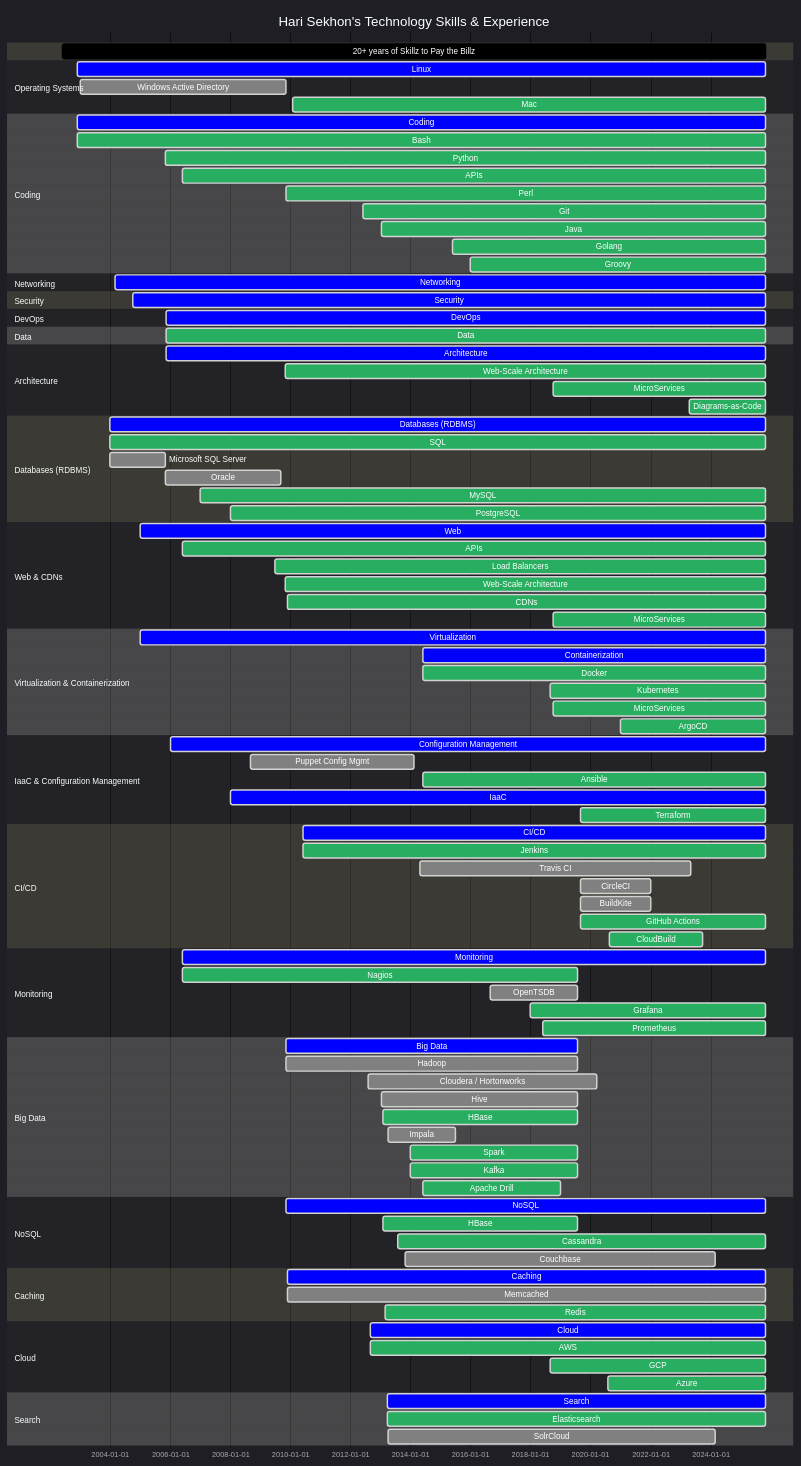
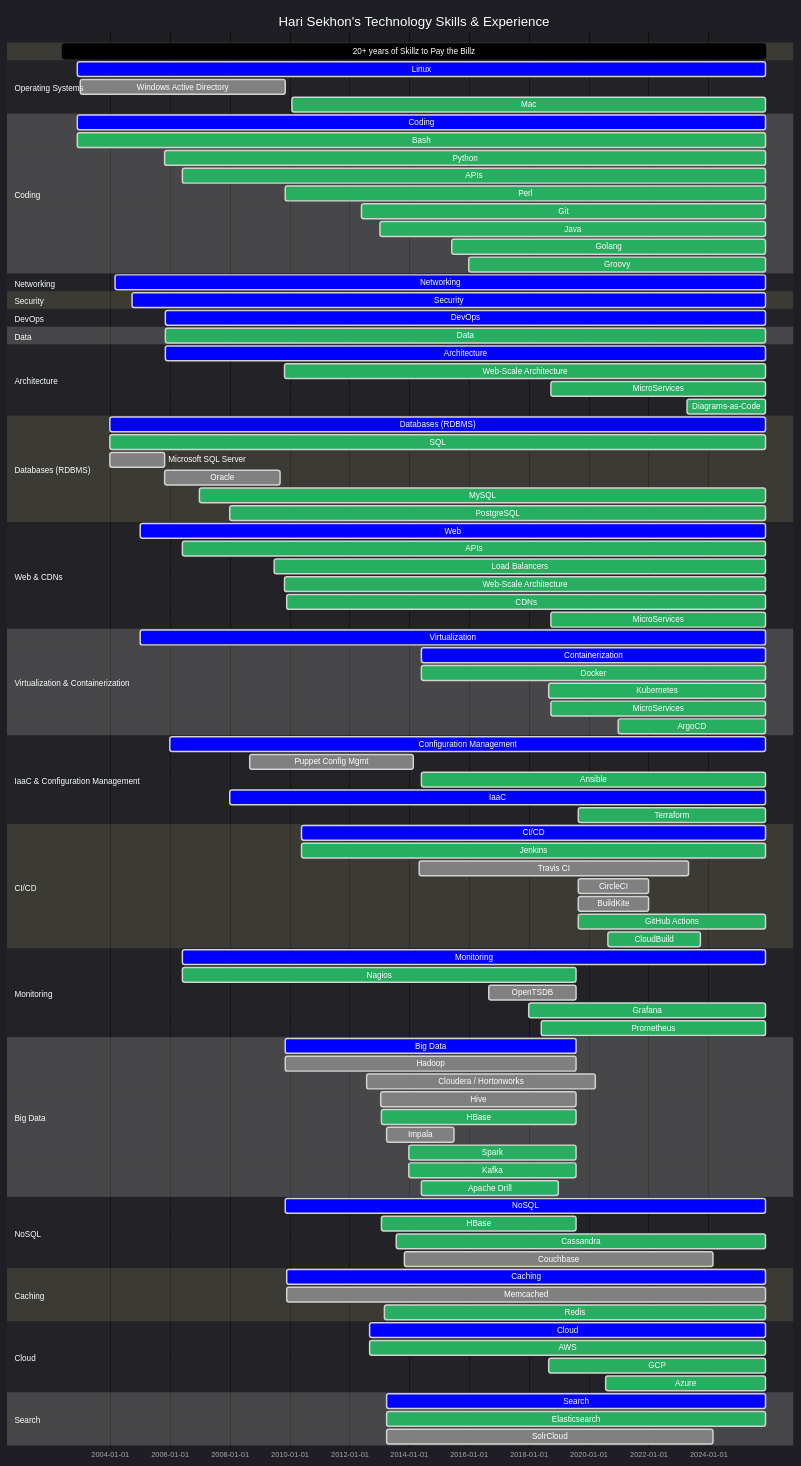
The second of 2 diagrams in README.md (HariSekhon/HariSekhon), drawn with Mermaid before and after one commit. The commit also changed other lines of this file, not shown here.

Commit message:
updated profile counters

````diff
--- a/README.md
+++ b/README.md
@@ -1368,129 +1368,129 @@
     title Hari Sekhon's Technology Skills & Experience
     dateFormat  YYYY-MM-DD
 
-    20+ years of Skillz to Pay the Billz : 2002-06-01, 2025-10-30
+    20+ years of Skillz to Pay the Billz : 2002-06-01, 2025-11-30
 
     section Operating Systems
-    Linux                    : crit, 2002-12-01, 2025-10-30
+    Linux                    : crit, 2002-12-01, 2025-11-30
     Windows Active Directory : done, 2003-01-01, 2009-11-10
-    %%Redhat Linux             : active, 2002-12-01, 2025-10-30
-    %%Debian Linux             : active, 2003-01-01, 2025-10-30
+    %%Redhat Linux             : active, 2002-12-01, 2025-11-30
+    %%Debian Linux             : active, 2003-01-01, 2025-11-30
     %%Gentoo Linux             : done, 2004-06-01, 2009-11-10
-    %%Ubuntu Linux             : active, 2006-06-01, 2025-10-30
-    %%Alpine Linux             : done, 2016-01-01, 2025-10-30
-    Mac                      : active, 2010-02-01, 2025-10-30
+    %%Ubuntu Linux             : active, 2006-06-01, 2025-11-30
+    %%Alpine Linux             : done, 2016-01-01, 2025-11-30
+    Mac                      : active, 2010-02-01, 2025-11-30
 
     section Coding
-    Coding                 : crit, 2002-12-01, 2025-10-30
-    Bash                   : active, 2002-12-01, 2025-10-30
-    Python                 : active, 2005-11-01, 2025-10-30
-    APIs                   : active, 2006-06-01, 2025-10-30
+    Coding                 : crit, 2002-12-01, 2025-11-30
+    Bash                   : active, 2002-12-01, 2025-11-30
+    Python                 : active, 2005-11-01, 2025-11-30
+    APIs                   : active, 2006-06-01, 2025-11-30
     %%VBScript               : done, 2005-05-01, 2009-11-01
-    Perl                   : active, 2009-11-13, 2025-10-30
-    Git                    : active, 2012-06-01, 2025-10-30
+    Perl                   : active, 2009-11-13, 2025-11-30
+    Git                    : active, 2012-06-01, 2025-11-30
     %%Ruby                   : done, 2009-11-13, 2013-01-31
-    Java                   : active, 2013-01-13, 2025-10-30
+    Java                   : active, 2013-01-13, 2025-11-30
     %%Jython                 : done, 2013-01-13, 2015-12-31
     %%JRuby                  : done, 2013-03-01, 2013-08-31
     %%Scala                  : done, 2014-01-01, 2015-12-31
-    Golang                 : active, 2015-06-01, 2025-10-30
-    Groovy                 : active, 2016-01-01, 2025-10-30
+    Golang                 : active, 2015-06-01, 2025-11-30
+    Groovy                 : active, 2016-01-01, 2025-11-30
 
     %%section Build Systems
-    %%Make                   : active, 2006-06-01, 2025-10-30
-    %%Maven                  : active, 2013-02-01, 2025-10-30
-    %%SBT                    : active, 2014-01-01, 2025-10-30
-    %%Gradle                 : active, 2014-06-01, 2025-10-30
+    %%Make                   : active, 2006-06-01, 2025-11-30
+    %%Maven                  : active, 2013-02-01, 2025-11-30
+    %%SBT                    : active, 2014-01-01, 2025-11-30
+    %%Gradle                 : active, 2014-06-01, 2025-11-30
 
     %%section Version Control Systems
     %%Subversion             : done, 2005-11-13, 2012-06-01
     %%Mercurial              : done, 2011-06-01, 2013-06-01
-    %%Git                    : active, 2012-06-01, 2025-10-30
-    %%GitHub                 : active, 2012-12-31, 2025-10-30
+    %%Git                    : active, 2012-06-01, 2025-11-30
+    %%GitHub                 : active, 2012-12-31, 2025-11-30
 
     section Networking
-    Networking             : crit, 2004-03-01, 2025-10-30
-    %%VPNs                   : active, 2006-06-01, 2025-10-30
-    %%Cisco - IOS / NX-OS    : done, 2004-03-01, 2025-10-30
+    Networking             : crit, 2004-03-01, 2025-11-30
+    %%VPNs                   : active, 2006-06-01, 2025-11-30
+    %%Cisco - IOS / NX-OS    : done, 2004-03-01, 2025-11-30
     %%Juniper - Netscreen / SSG / SRX / ScreenOS / JunOS : done, 2007-01-01, 2013-01-18
     %%Netgear                : done, 2005-01-01, 2012-12-31
 
     section Load Balancers
 
     section Security
-    Security               : crit, 2004-10-01, 2025-10-30
-    %%Kerberos               : active, 2006-06-01, 2025-10-30
-    %%LDAP                   : active, 2006-06-01, 2025-10-30
+    Security               : crit, 2004-10-01, 2025-11-30
+    %%Kerberos               : active, 2006-06-01, 2025-11-30
+    %%LDAP                   : active, 2006-06-01, 2025-11-30
 
     section DevOps
-    DevOps                   : crit, 2005-11-11, 2025-10-30
+    DevOps                   : crit, 2005-11-11, 2025-11-30
 
     section Data
-    Data                   : active, 2005-11-11, 2025-10-30
-    %%Data Validation        : done, 2006-06-01, 2025-10-30
-    %%Data Science           : done, 2013-01-18, 2025-10-30
+    Data                   : active, 2005-11-11, 2025-11-30
+    %%Data Validation        : done, 2006-06-01, 2025-11-30
+    %%Data Science           : done, 2013-01-18, 2025-11-30
 
     section Architecture
-    Architecture            : crit,   2005-11-11, 2025-10-30
-    Web-Scale Architecture  : active, 2009-11-01, 2025-10-30
-    MicroServices           : active, 2018-10-01, 2025-10-30
-    Diagrams-as-Code        : active, 2023-04-14, 2025-10-30
+    Architecture            : crit,   2005-11-11, 2025-11-30
+    Web-Scale Architecture  : active, 2009-11-01, 2025-11-30
+    MicroServices           : active, 2018-10-01, 2025-11-30
+    Diagrams-as-Code        : active, 2023-04-14, 2025-11-30
 
     section Databases (RDBMS)
-    Databases (RDBMS)      : crit, 2004-01-01, 2025-10-30
-    SQL                    : active, 2004-01-01, 2025-10-30
+    Databases (RDBMS)      : crit, 2004-01-01, 2025-11-30
+    SQL                    : active, 2004-01-01, 2025-11-30
     Microsoft SQL Server   : done, 2004-01-01, 2005-10-31
     Oracle                 : done, 2005-11-01, 2009-09-10
-    MySQL                  : active, 2007-01-01, 2025-10-30
-    PostgreSQL             : active, 2008-01-01, 2025-10-30
+    MySQL                  : active, 2007-01-01, 2025-11-30
+    PostgreSQL             : active, 2008-01-01, 2025-11-30
 
     section Web & CDNs
-    Web                    : crit, 2005-01-01, 2025-10-30
-    APIs                   : active, 2006-06-01, 2025-10-30
+    Web                    : crit, 2005-01-01, 2025-11-30
+    APIs                   : active, 2006-06-01, 2025-11-30
 
-    Load Balancers         : active, 2009-07-01, 2025-10-30
+    Load Balancers         : active, 2009-07-01, 2025-11-30
     %%LVS                    : done, 2009-01-01, 2009-11-11
     %%Foundry - ServerIron XL / 4G : done, 2009-10-13, 2011-11-31
     %%F5 BigIP               : done, 2010-06-01, 2013-01-18
-    %%HAProxy                : active, 2018-04-01, 2025-10-30
-    %%Kong                   : active, 2023-03-01, 2025-10-30
-    %%Traefik                : active, 2023-03-01, 2025-10-30
+    %%HAProxy                : active, 2018-04-01, 2025-11-30
+    %%Kong                   : active, 2023-03-01, 2025-11-30
+    %%Traefik                : active, 2023-03-01, 2025-11-30
 
-    Web-Scale Architecture : active, 2009-11-01, 2025-10-30
-    CDNs                   : active, 2009-12-01, 2025-10-30
+    Web-Scale Architecture : active, 2009-11-01, 2025-11-30
+    CDNs                   : active, 2009-12-01, 2025-11-30
     %%UlraDNS                : done, 2009-11-01, 2012-06-31
     %%Cotendo                : done, 2012-06-01, 2013-01-13
-    %%Cloudflare             : active, 2020-08-20, 2025-10-30
-    MicroServices            : active, 2018-10-01, 2025-10-30
+    %%Cloudflare             : active, 2020-08-20, 2025-11-30
+    MicroServices            : active, 2018-10-01, 2025-11-30
 
     section Virtualization & Containerization
-    Virtualization         : crit, 2005-01-01, 2025-10-30
+    Virtualization         : crit, 2005-01-01, 2025-11-30
     %%VMware ESX, ESXi, VirtualBox : done, 2005-01-01, 2017-02-16
     %%Vagrant                : active, 2013-01-01, 2023-12-31
-    Containerization       : crit, 2014-06-01, 2025-10-30
-    Docker                 : active, 2014-06-01, 2025-10-30
-    Kubernetes             : active, 2018-09-01, 2025-10-30
-    MicroServices          : active, 2018-10-01, 2025-10-30
-    ArgoCD                 : active, 2021-01-01, 2025-10-30
+    Containerization       : crit, 2014-06-01, 2025-11-30
+    Docker                 : active, 2014-06-01, 2025-11-30
+    Kubernetes             : active, 2018-09-01, 2025-11-30
+    MicroServices          : active, 2018-10-01, 2025-11-30
+    ArgoCD                 : active, 2021-01-01, 2025-11-30
 
     section IaaC & Configuration Management
-    Configuration Management :crit, 2006-01-01, 2025-10-30
+    Configuration Management :crit, 2006-01-01, 2025-11-30
     Puppet Config Mgmt     : done, 2008-09-01, 2014-02-18
-    Ansible                : active, 2014-06-01, 2025-10-30
-    IaaC                   :crit, 2008-01-01, 2025-10-30
-    Terraform              :active, 2019-09-01, 2025-10-30
+    Ansible                : active, 2014-06-01, 2025-11-30
+    IaaC                   :crit, 2008-01-01, 2025-11-30
+    Terraform              :active, 2019-09-01, 2025-11-30
     %%Terraform Cloud        : active, 2021-09-01, 2022-09-31
-    %%Kickstart              : active, 2008-01-01, 2025-10-30
-    %%Preseed                : active, 2009-01-01, 2025-10-30
-    %%AutoInstall            : active, 2023-01-01, 2025-10-30
+    %%Kickstart              : active, 2008-01-01, 2025-11-30
+    %%Preseed                : active, 2009-01-01, 2025-11-30
+    %%AutoInstall            : active, 2023-01-01, 2025-11-30
 
     section CI/CD
-    CI/CD                  : crit, 2010-06-01, 2025-10-30
-    Jenkins                : active, 2010-06-01, 2025-10-30
+    CI/CD                  : crit, 2010-06-01, 2025-11-30
+    Jenkins                : active, 2010-06-01, 2025-11-30
     Travis CI              : done, 2014-05-01, 2023-05-08
     CircleCI               : done, 2019-09-01, 2021-12-31
     BuildKite              : done, 2019-09-01, 2021-12-31
-    GitHub Actions         : active, 2019-09-01, 2025-10-30
+    GitHub Actions         : active, 2019-09-01, 2025-11-30
     %%GitLab                 : active, 2019-09-01, 2022-12-31
     %%Azure DevOps           : done, 2019-09-01, 2022-12-31
     %%Bitbucket              : done, 2019-09-01, 2022-12-31
@@ -1499,11 +1499,11 @@
     CloudBuild             : active, 2020-08-20, 2023-09-30
 
     section Monitoring
-    Monitoring             : crit, 2006-06-01, 2025-10-30
+    Monitoring             : crit, 2006-06-01, 2025-11-30
     Nagios                 : active, 2006-06-01, 2019-07-31
     OpenTSDB               : done, 2016-09-01, 2019-07-31
-    Grafana                : active, 2018-01-01, 2025-10-30
-    Prometheus             : active, 2018-06-01, 2025-10-30
+    Grafana                : active, 2018-01-01, 2025-11-30
+    Prometheus             : active, 2018-06-01, 2025-11-30
     %%Pingdom                : done, 2020-08-20, 2023-09-17
     %%Datadog                : done, 2022-08-20, 2023-09-17
 
@@ -1521,28 +1521,28 @@
     Apache Drill           : active, 2014-06-01, 2018-12-31
 
     section NoSQL
-    NoSQL                  : crit, 2009-11-13, 2025-10-30
+    NoSQL                  : crit, 2009-11-13, 2025-11-30
     HBase                  : active, 2013-02-01, 2019-07-31
     %%MongoDB                : done, 2013-06-01, 2013-12-31
-    Cassandra              : active, 2013-08-01, 2025-10-30
+    Cassandra              : active, 2013-08-01, 2025-11-30
     Couchbase              : done, 2013-11-01, 2024-03-01
 
     section Caching
-    Caching                : crit, 2009-11-31, 2025-10-30
-    Memcached              : done, 2009-11-31, 2025-10-30
-    Redis                  : active, 2013-03-01, 2025-10-30
+    Caching                : crit, 2009-11-31, 2025-11-30
+    Memcached              : done, 2009-11-31, 2025-11-30
+    Redis                  : active, 2013-03-01, 2025-11-30
 
     section Cloud
-    Cloud            : crit, 2012-09-01, 2025-10-30
-    AWS              : active, 2012-09-01, 2025-10-30
-    GCP              : active, 2018-09-01, 2025-10-30
-    Azure            : active, 2020-08-01, 2025-10-30
+    Cloud            : crit, 2012-09-01, 2025-11-30
+    AWS              : active, 2012-09-01, 2025-11-30
+    GCP              : active, 2018-09-01, 2025-11-30
+    Azure            : active, 2020-08-01, 2025-11-30
 
     section Search
-    Search                 : crit, 2013-03-31, 2025-10-30
-    Elasticsearch          : active, 2013-03-31, 2025-10-30
-    %%LogStash               : done, 2013-03-31, 2025-10-30
-    %%Fluentd                : crit, 2018-03-31, 2025-10-30
-    %%Kibana                 : crit, 2013-03-31, 2025-10-30
+    Search                 : crit, 2013-03-31, 2025-11-30
+    Elasticsearch          : active, 2013-03-31, 2025-11-30
+    %%LogStash               : done, 2013-03-31, 2025-11-30
+    %%Fluentd                : crit, 2018-03-31, 2025-11-30
+    %%Kibana                 : crit, 2013-03-31, 2025-11-30
     SolrCloud              : done, 2013-04-01, 2024-03-01
 ```
````
